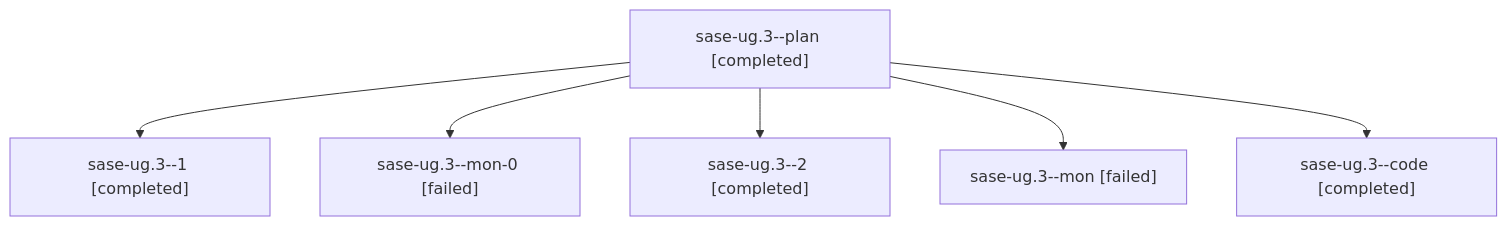
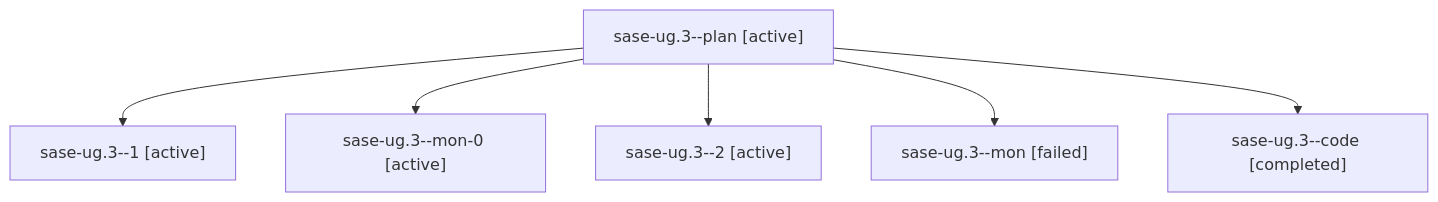
Before and after one commit to sase-org/sase--agents: the diagram in families/bbugyi200.athena.sase-ug.3.md, drawn with Mermaid. The commit also changed other lines of this file and 35830 other files, not shown here.

````diff
--- a/families/bbugyi200.athena.sase-ug.3.md
+++ b/families/bbugyi200.athena.sase-ug.3.md
@@ -9,14 +9,14 @@
 ```mermaid
 flowchart TD
-  n0["sase-ug.3--plan [completed]"]
-  n1["sase-ug.3--1 [completed]"]
+  n0["sase-ug.3--plan [active]"]
+  n1["sase-ug.3--1 [active]"]
   n0 --> n1
-  n2["sase-ug.3--mon-0 [failed]"]
+  n2["sase-ug.3--mon-0 [active]"]
   n0 --> n2
-  n3["sase-ug.3--2 [completed]"]
+  n3["sase-ug.3--2 [active]"]
   n0 --> n3
   n4["sase-ug.3--mon [failed]"]
   n0 --> n4
   n5["sase-ug.3--code [completed]"]
   n0 --> n5
 ```
````
